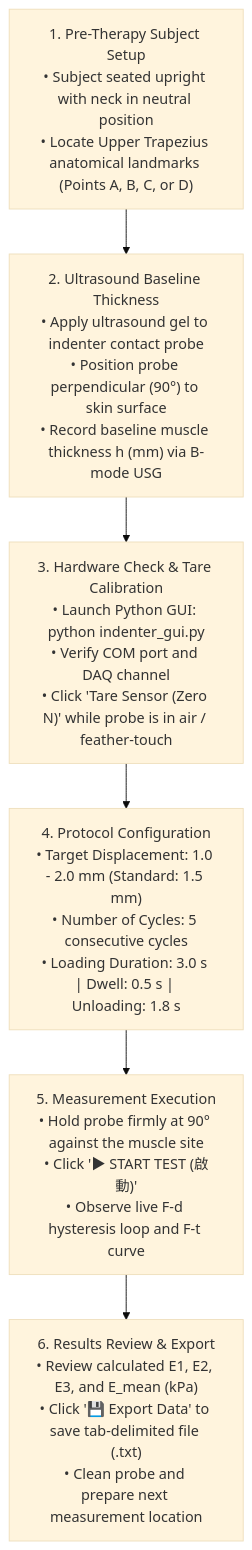
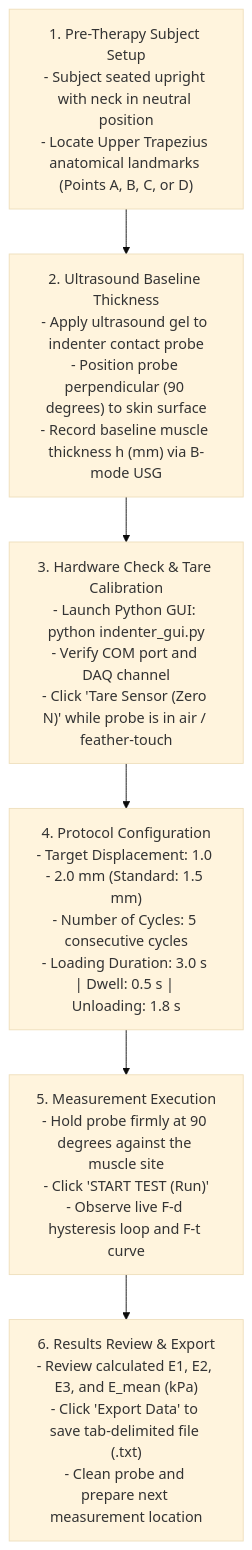
Before and after one commit to Corneliox/Indenter_LabView2Python: the fourth of 6 diagrams in WORKFLOW.md, drawn with Mermaid (base theme). The commit also changed other lines of this file, not shown here.

Commit message:
Fix Mermaid diagram syntax for GitHub rendering

````diff
--- a/WORKFLOW.md
+++ b/WORKFLOW.md
@@ -141,16 +141,16 @@
 ```mermaid
 flowchart TD
-    Step1["1. Pre-Therapy Subject Setup<br/>• Subject seated upright with neck in neutral position<br/>• Locate Upper Trapezius anatomical landmarks (Points A, B, C, or D)"]
+    Step1["1. Pre-Therapy Subject Setup<br/>- Subject seated upright with neck in neutral position<br/>- Locate Upper Trapezius anatomical landmarks (Points A, B, C, or D)"]
     
-    Step2["2. Ultrasound Baseline Thickness<br/>• Apply ultrasound gel to indenter contact probe<br/>• Position probe perpendicular (90°) to skin surface<br/>• Record baseline muscle thickness h (mm) via B-mode USG"]
+    Step2["2. Ultrasound Baseline Thickness<br/>- Apply ultrasound gel to indenter contact probe<br/>- Position probe perpendicular (90 degrees) to skin surface<br/>- Record baseline muscle thickness h (mm) via B-mode USG"]
 
-    Step3["3. Hardware Check & Tare Calibration<br/>• Launch Python GUI: python indenter_gui.py<br/>• Verify COM port and DAQ channel<br/>• Click 'Tare Sensor (Zero N)' while probe is in air / feather-touch"]
+    Step3["3. Hardware Check & Tare Calibration<br/>- Launch Python GUI: python indenter_gui.py<br/>- Verify COM port and DAQ channel<br/>- Click 'Tare Sensor (Zero N)' while probe is in air / feather-touch"]
 
-    Step4["4. Protocol Configuration<br/>• Target Displacement: 1.0 - 2.0 mm (Standard: 1.5 mm)<br/>• Number of Cycles: 5 consecutive cycles<br/>• Loading Duration: 3.0 s | Dwell: 0.5 s | Unloading: 1.8 s"]
+    Step4["4. Protocol Configuration<br/>- Target Displacement: 1.0 - 2.0 mm (Standard: 1.5 mm)<br/>- Number of Cycles: 5 consecutive cycles<br/>- Loading Duration: 3.0 s | Dwell: 0.5 s | Unloading: 1.8 s"]
 
-    Step5["5. Measurement Execution<br/>• Hold probe firmly at 90° against the muscle site<br/>• Click '▶ START TEST (啟動)'<br/>• Observe live F-d hysteresis loop and F-t curve"]
+    Step5["5. Measurement Execution<br/>- Hold probe firmly at 90 degrees against the muscle site<br/>- Click 'START TEST (Run)'<br/>- Observe live F-d hysteresis loop and F-t curve"]
 
-    Step6["6. Results Review & Export<br/>• Review calculated E1, E2, E3, and E_mean (kPa)<br/>• Click '💾 Export Data' to save tab-delimited file (.txt)<br/>• Clean probe and prepare next measurement location"]
+    Step6["6. Results Review & Export<br/>- Review calculated E1, E2, E3, and E_mean (kPa)<br/>- Click 'Export Data' to save tab-delimited file (.txt)<br/>- Clean probe and prepare next measurement location"]
 
     Step1 --> Step2 --> Step3 --> Step4 --> Step5 --> Step6
 ```
````
